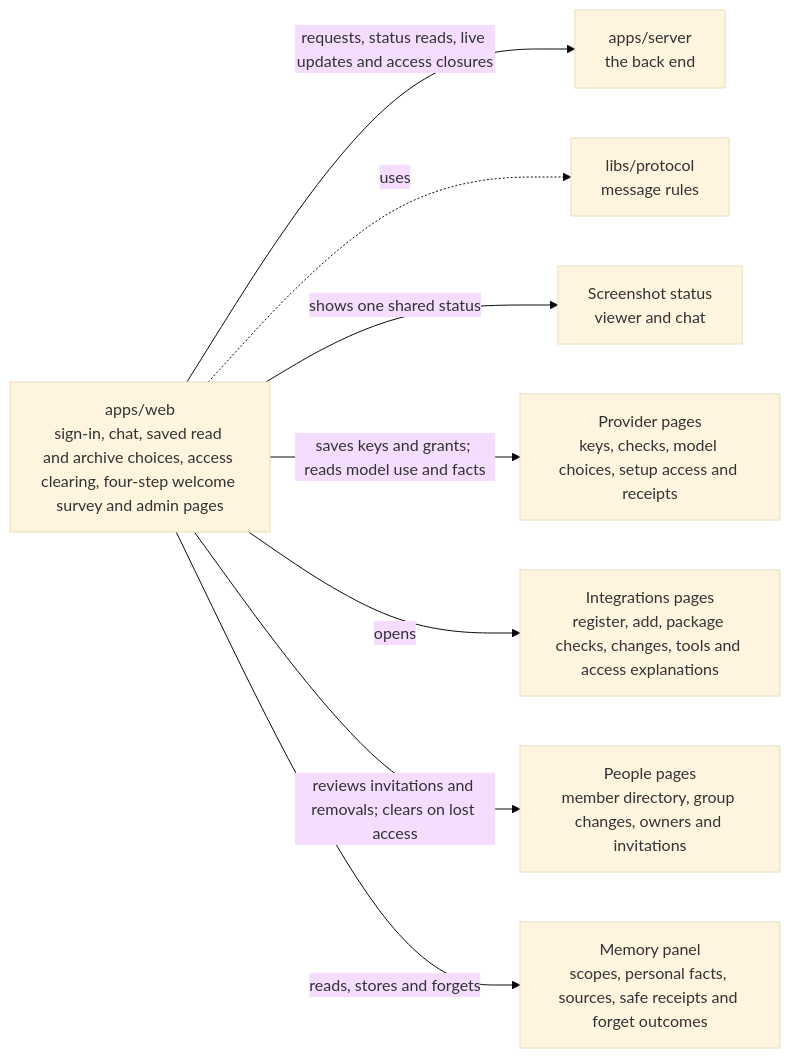
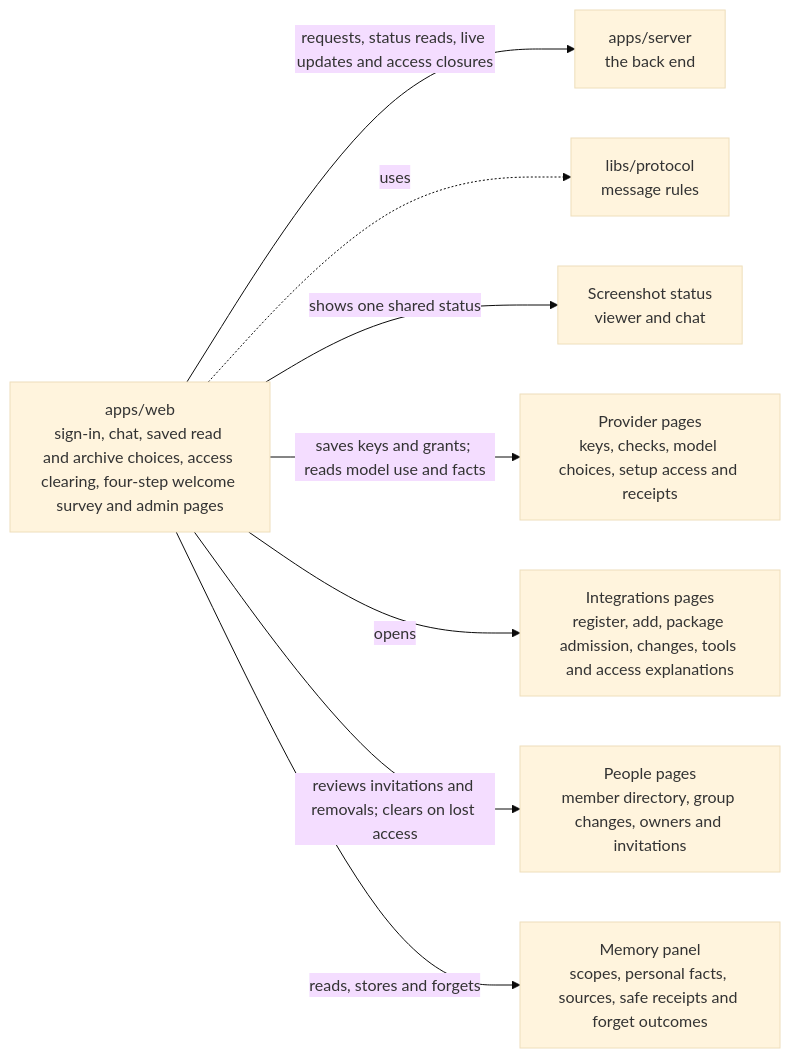
One commit to elewa-git/opencrane-new changed the diagram in apps/web/README.md. Above: the diagram before and after it, drawn with Mermaid (base theme). The commit also changed other lines of this file and 20 other files, not shown here.

Commit message:
📦 Show hosted package refusals and unavailable checks

````diff
--- a/apps/web/README.md
+++ b/apps/web/README.md
@@ -11,10 +11,10 @@
 ```mermaid
 flowchart LR
   web["apps/web<br/>sign-in, chat, saved read and archive choices, access clearing, four-step welcome survey and admin pages"] -->|requests, status reads, live updates and access closures| server["apps/server<br/>the back end"]
   web -.->|uses| protocol["libs/protocol<br/>message rules"]
   web -->|shows one shared status| capture["Screenshot status<br/>viewer and chat"]
   web -->|saves keys and grants; reads model use and facts| providers["Provider pages<br/>keys, checks, model choices, setup access and receipts"]
-  web -->|opens| integrations["Integrations pages<br/>register, add, package checks, changes, tools and access explanations"]
+  web -->|opens| integrations["Integrations pages<br/>register, add, package admission, changes, tools and access explanations"]
   web -->|reviews invitations and removals; clears on lost access| people["People pages<br/>member directory, group changes, owners and invitations"]
   web -->|reads, stores and forgets| memory["Memory panel<br/>scopes, personal facts, sources, safe receipts and forget outcomes"]
 ```
````
